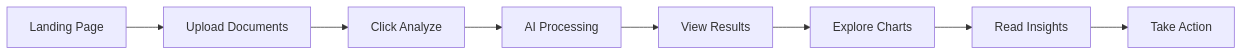
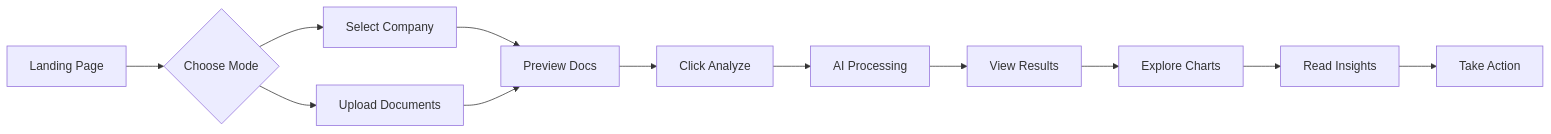
Before and after one commit to Pooja-Vishnoi/GenAI_Hackathon: the diagram in UI-UX.md, drawn with Mermaid. The commit also changed other lines of this file and 4 other files, not shown here.

````diff
--- a/UI-UX.md
+++ b/UI-UX.md
@@ -50,10 +56,14 @@
 ```mermaid
 graph LR
-    A[Landing Page] --> B[Upload Documents]
-    B --> C[Click Analyze]
-    C --> D[AI Processing]
-    D --> E[View Results]
-    E --> F[Explore Charts]
-    F --> G[Read Insights]
-    G --> H[Take Action]
+    A[Landing Page] --> B{Choose Mode}
+    B --> C[Select Company]
+    B --> D[Upload Documents]
+    C --> E[Preview Docs]
+    D --> E
+    E --> F[Click Analyze]
+    F --> G[AI Processing]
+    G --> H[View Results]
+    H --> I[Explore Charts]
+    I --> J[Read Insights]
+    J --> K[Take Action]
 ```
````
